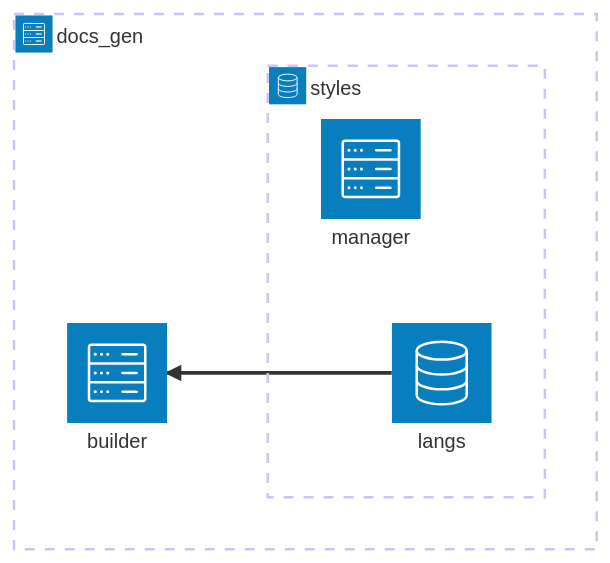
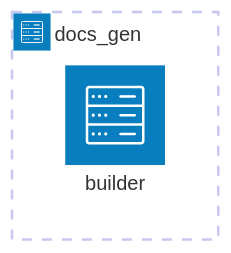
One commit to jeangiraldoo/codedocs.nvim changed the third of 4 diagrams in lua/codedocs/README.md. Above: the diagram before and after it, drawn with Mermaid. The commit also changed other lines of this file, not shown here.

````diff
--- a/lua/codedocs/README.md
+++ b/lua/codedocs/README.md
@@ -58,11 +84,5 @@
 ```mermaid
 architecture-beta
     group docs_gen(server)[docs_gen]
     service builder(server)[builder] in docs_gen
-    group styles(database)[styles] in docs_gen
-
-    service langs(database)[langs] in styles
-    service manager(server)[manager] in styles
-
-    langs:L --> R:builder
 ```
````
